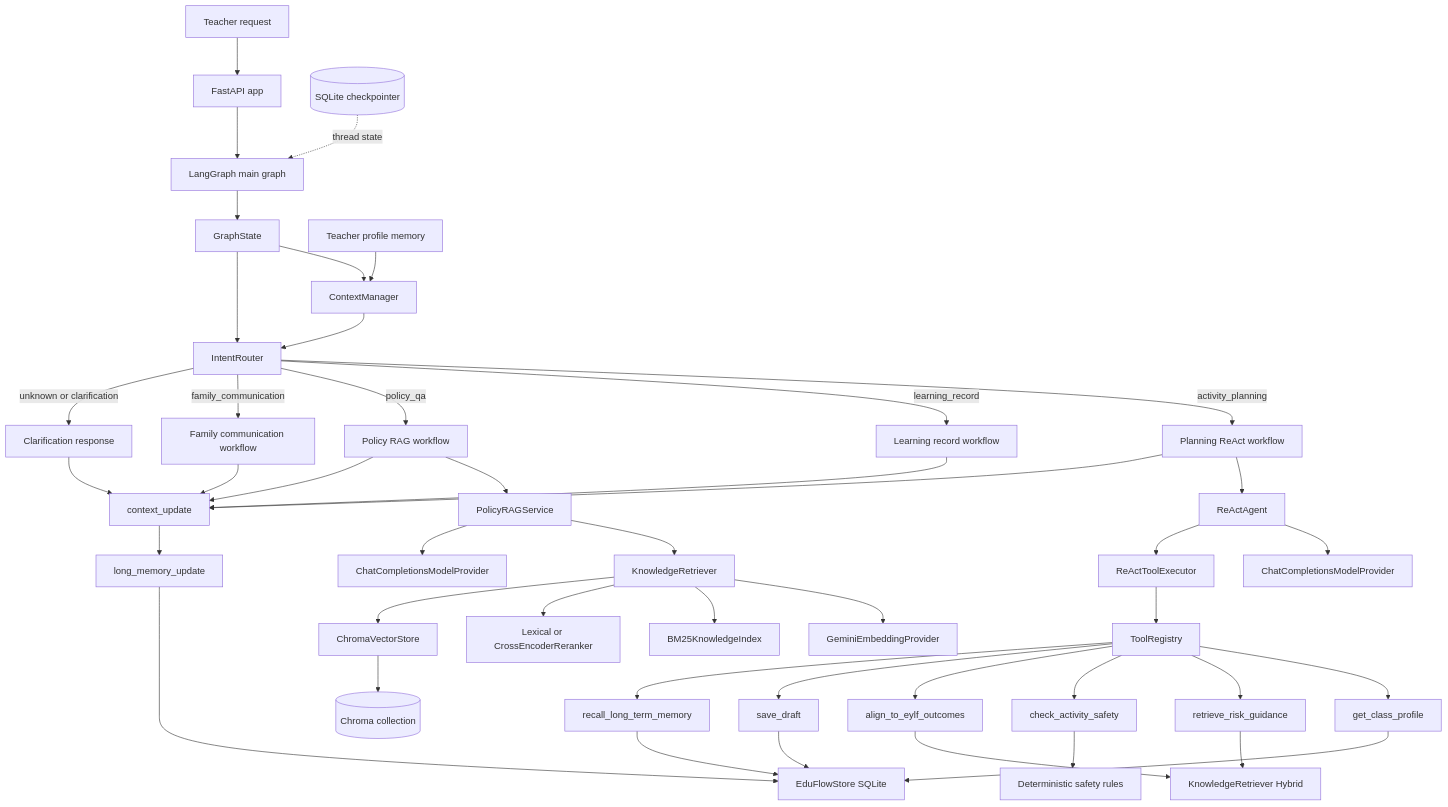
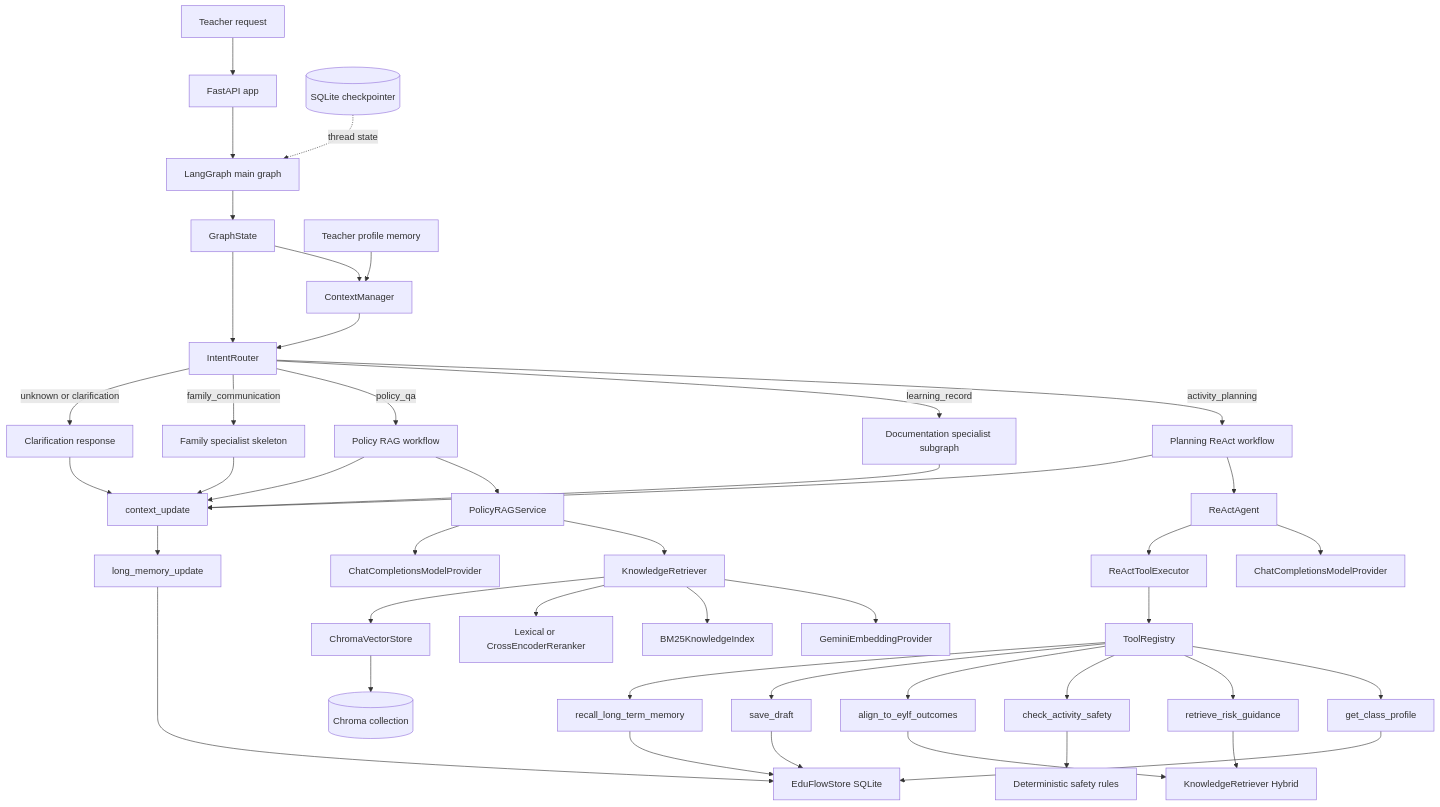
Before and after one commit to MengC-OvO/easy-teaching: the first of 3 diagrams in README.md, drawn with Mermaid. The commit also changed other lines of this file and 22 other files, not shown here.

````diff
--- a/README.md
+++ b/README.md
@@ -26,50 +26,50 @@
 ```mermaid
 flowchart TD
     User[Teacher request] --> API[FastAPI app]
     API --> MainGraph[LangGraph main graph]
     Checkpoint[(SQLite checkpointer)] -. thread state .-> MainGraph
     MainGraph --> GraphState[GraphState]
     ProfileMemory[Teacher profile memory] --> ContextManager[ContextManager]
     GraphState --> ContextManager
     ContextManager --> Router[IntentRouter]
     GraphState --> Router[IntentRouter]
 
     Router -->|activity_planning| PlanningReAct[Planning ReAct workflow]
-    Router -->|learning_record| LearningPlaceholder[Learning record workflow]
+    Router -->|learning_record| DocumentationSkeleton[Documentation specialist subgraph]
     Router -->|policy_qa| PolicyRAG[Policy RAG workflow]
-    Router -->|family_communication| FamilyPlaceholder[Family communication workflow]
+    Router -->|family_communication| Family[Family specialist skeleton]
     Router -->|unknown or clarification| Clarification[Clarification response]
 
     PlanningReAct --> ReActAgent[ReActAgent]
     ReActAgent --> ModelProvider[ChatCompletionsModelProvider]
     ReActAgent --> ReActExecutor[ReActToolExecutor]
     ReActExecutor --> ToolRegistry[ToolRegistry]
     ToolRegistry --> ClassTool[get_class_profile]
     ToolRegistry --> EvidenceTool[retrieve_risk_guidance]
     ToolRegistry --> SafetyTool[check_activity_safety]
     ToolRegistry --> EylfTool[align_to_eylf_outcomes]
     ToolRegistry --> DraftTool[save_draft]
     ToolRegistry --> RecallTool[recall_long_term_memory]
     ClassTool --> Store[EduFlowStore SQLite]
     DraftTool --> Store
     RecallTool --> Store
     EvidenceTool --> PlanningRetrieval[KnowledgeRetriever Hybrid]
     EylfTool --> PlanningRetrieval
     SafetyTool --> SafetyRules[Deterministic safety rules]
 
     PolicyRAG --> PolicyService[PolicyRAGService]
     PolicyService --> Retrieval[KnowledgeRetriever]
     Retrieval --> Embeddings[GeminiEmbeddingProvider]
     Retrieval --> BM25[BM25KnowledgeIndex]
     Retrieval --> Reranker[Lexical or CrossEncoderReranker]
     Retrieval --> VectorStore[ChromaVectorStore]
     VectorStore --> Chroma[(Chroma collection)]
     PolicyService --> AnswerModel[ChatCompletionsModelProvider]
     PlanningReAct --> ContextUpdate[context_update]
     PolicyRAG --> ContextUpdate
-    LearningPlaceholder --> ContextUpdate
-    FamilyPlaceholder --> ContextUpdate
+    DocumentationSkeleton --> ContextUpdate
+    Family --> ContextUpdate
     Clarification --> ContextUpdate
     ContextUpdate --> MemoryUpdate[long_memory_update]
     MemoryUpdate --> Store
 ```
````
